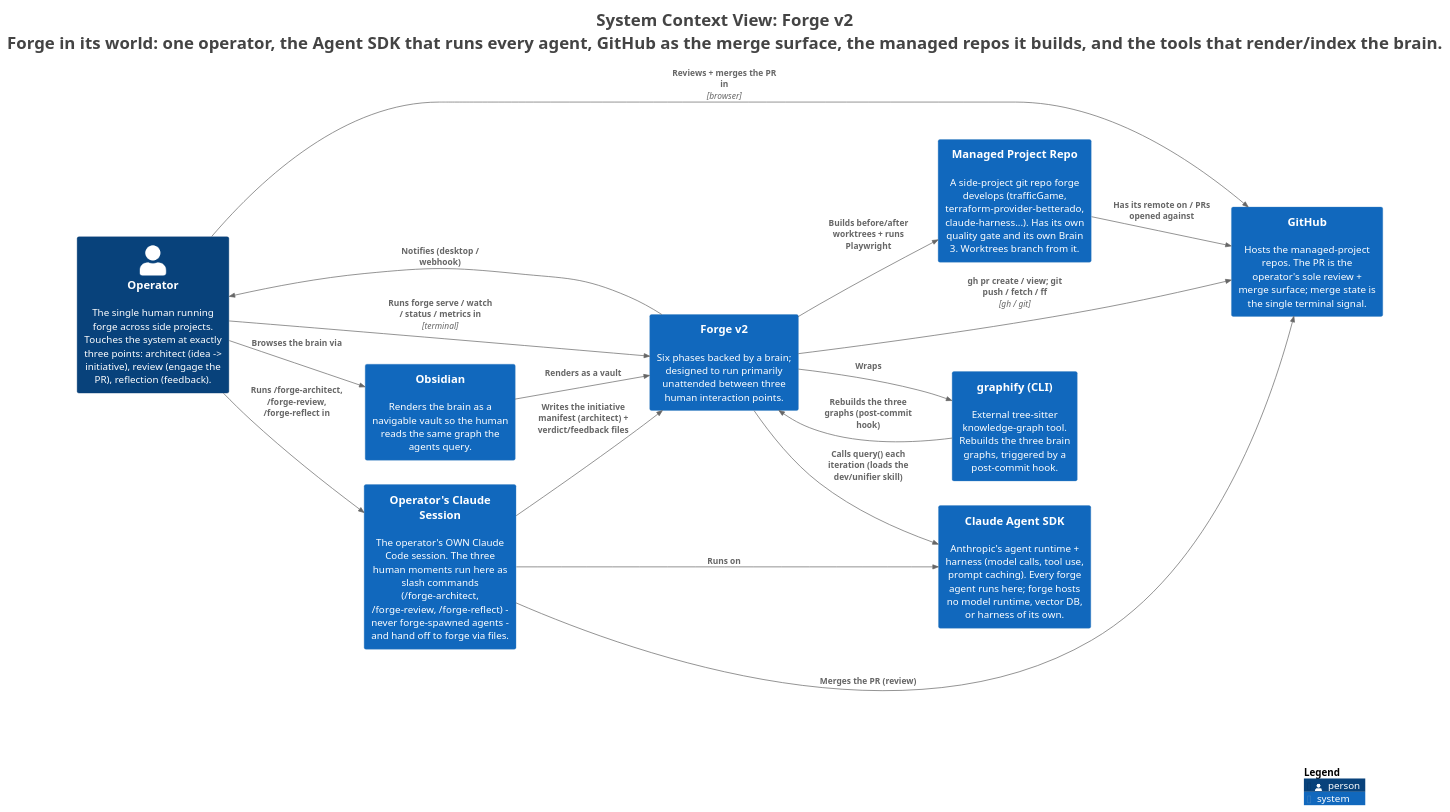
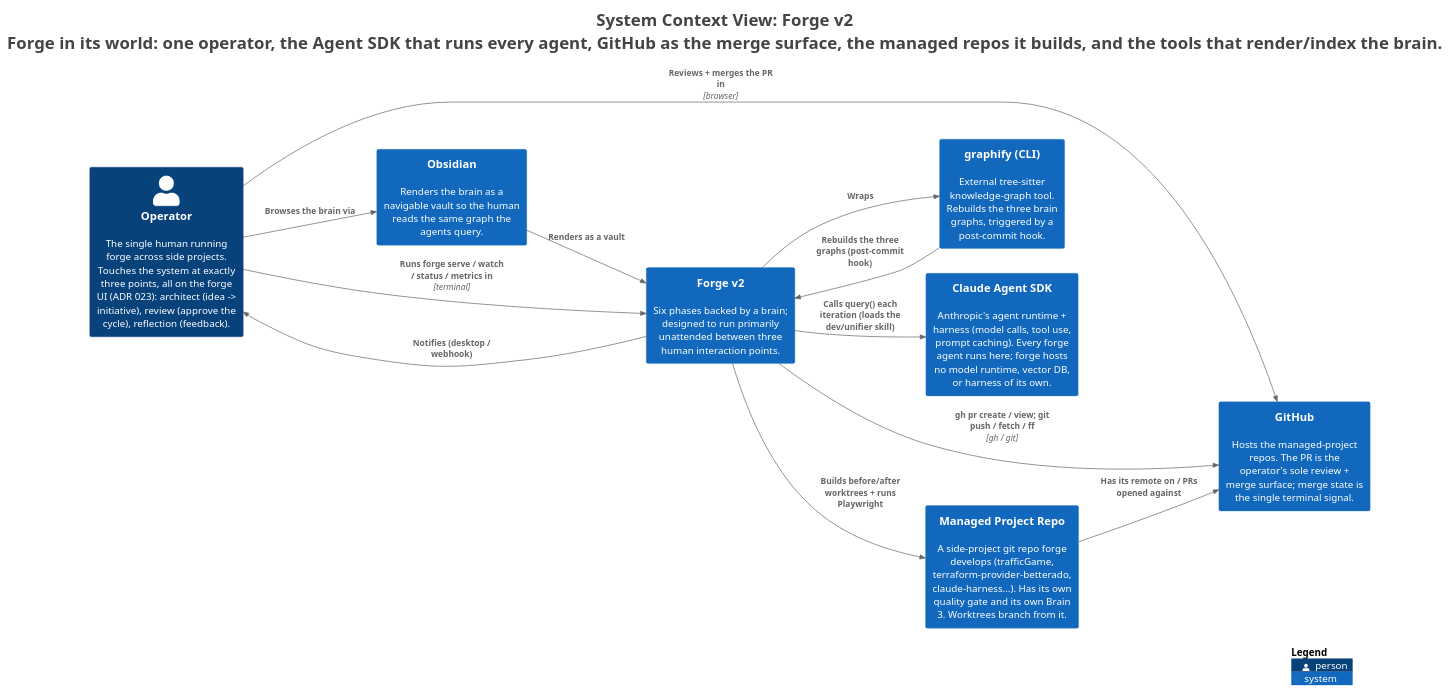
One commit to parsoFish/forge-v2 changed the diagram in docs/architecture/c4/diagrams/structurizr-Context.puml. Above: the diagram before and after it, drawn with PlantUML. The commit also changed 35 other files, not shown here.

First line of the commit message:
docs(c4): regenerate the architecture model for ADR 023 + the surface retirements

```diff
--- a/docs/architecture/c4/diagrams/structurizr-Context.puml
+++ b/docs/architecture/c4/diagrams/structurizr-Context.puml
@@ -1,44 +1,39 @@
 @startuml
 title <size:24>System Context View: Forge v2</size>\n<size:24>Forge in its world: one operator, the Agent SDK that runs every agent, GitHub as the merge surface, the managed repos it builds, and the tools that render/index the brain.</size>
 
 set separator none
 left to right direction
 
 <style>
   root {
     BackgroundColor: #ffffff
     FontColor: #444444
   }
 </style>
 
 !include <C4/C4>
 !include <C4/C4_Context>
 
-Person(Operator, "Operator", $descr="The single human running forge across side projects. Touches the system at exactly three points: architect (idea -> initiative), review (engage the PR), reflection (feedback).", $tags="", $link="")
+Person(Operator, "Operator", $descr="The single human running forge across side projects. Touches the system at exactly three points, all on the forge UI (ADR 023): architect (idea -> initiative), review (approve the cycle), reflection (feedback).", $tags="", $link="")
 System(ClaudeAgentSDK, "Claude Agent SDK", $descr="Anthropic's agent runtime + harness (model calls, tool use, prompt caching). Every forge agent runs here; forge hosts no model runtime, vector DB, or harness of its own.", $tags="", $link="")
 System(GitHub, "GitHub", $descr="Hosts the managed-project repos. The PR is the operator's sole review + merge surface; merge state is the single terminal signal.", $tags="", $link="")
 System(ManagedProjectRepo, "Managed Project Repo", $descr="A side-project git repo forge develops (trafficGame, terraform-provider-betterado, claude-harness...). Has its own quality gate and its own Brain 3. Worktrees branch from it.", $tags="", $link="")
 System(graphifyCLI, "graphify (CLI)", $descr="External tree-sitter knowledge-graph tool. Rebuilds the three brain graphs, triggered by a post-commit hook.", $tags="", $link="")
 System(Obsidian, "Obsidian", $descr="Renders the brain as a navigable vault so the human reads the same graph the agents query.", $tags="", $link="")
-System(OperatorsClaudeSession, "Operator's Claude Session", $descr="The operator's OWN Claude Code session. The three human moments run here as slash commands (/forge-architect, /forge-review, /forge-reflect) - never forge-spawned agents - and hand off to forge via files.", $tags="", $link="")
 System(Forgev2, "Forge v2", $descr="Six phases backed by a brain; designed to run primarily unattended between three human interaction points.", $tags="", $link="")
 
 Rel(Forgev2, ClaudeAgentSDK, "Calls query() each iteration (loads the dev/unifier skill)", $techn="", $tags="", $link="")
 Rel(Forgev2, GitHub, "gh pr create / view; git push / fetch / ff", $techn="gh / git", $tags="", $link="")
 Rel(Forgev2, Operator, "Notifies (desktop / webhook)", $techn="", $tags="", $link="")
 Rel(Forgev2, graphifyCLI, "Wraps", $techn="", $tags="", $link="")
 Rel(graphifyCLI, Forgev2, "Rebuilds the three graphs (post-commit hook)", $techn="", $tags="", $link="")
 Rel(Obsidian, Forgev2, "Renders as a vault", $techn="", $tags="", $link="")
 Rel(ManagedProjectRepo, GitHub, "Has its remote on / PRs opened against", $techn="", $tags="", $link="")
 Rel(Operator, Forgev2, "Runs forge serve / watch / status / metrics in", $techn="terminal", $tags="", $link="")
-Rel(Operator, OperatorsClaudeSession, "Runs /forge-architect, /forge-review, /forge-reflect in", $techn="", $tags="", $link="")
 Rel(Operator, GitHub, "Reviews + merges the PR in", $techn="browser", $tags="", $link="")
 Rel(Operator, Obsidian, "Browses the brain via", $techn="", $tags="", $link="")
-Rel(OperatorsClaudeSession, Forgev2, "Writes the initiative manifest (architect) + verdict/feedback files", $techn="", $tags="", $link="")
-Rel(OperatorsClaudeSession, ClaudeAgentSDK, "Runs on", $techn="", $tags="", $link="")
-Rel(OperatorsClaudeSession, GitHub, "Merges the PR (review)", $techn="", $tags="", $link="")
 Rel(Forgev2, ManagedProjectRepo, "Builds before/after worktrees + runs Playwright", $techn="", $tags="", $link="")
 
 SHOW_LEGEND(true)
 hide stereotypes
 @enduml
```
